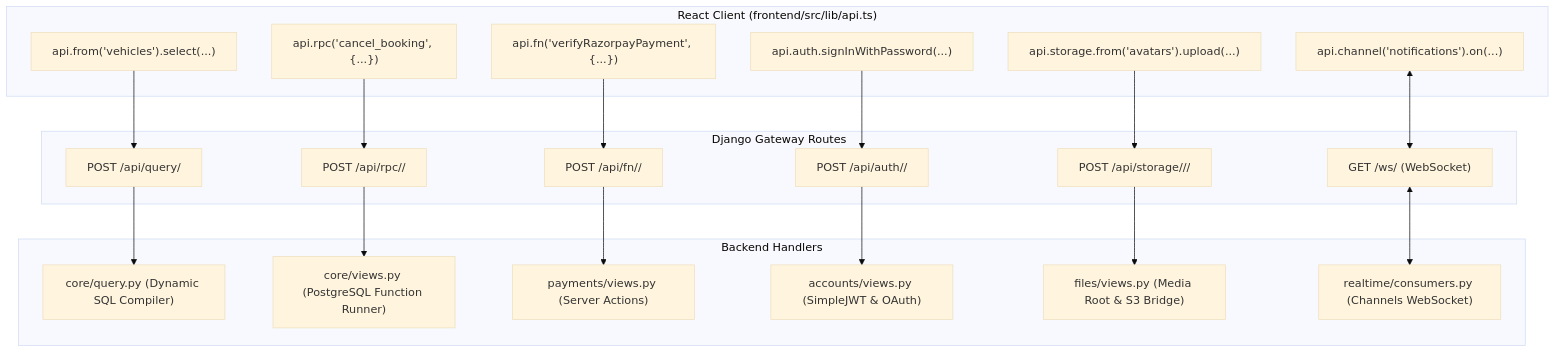
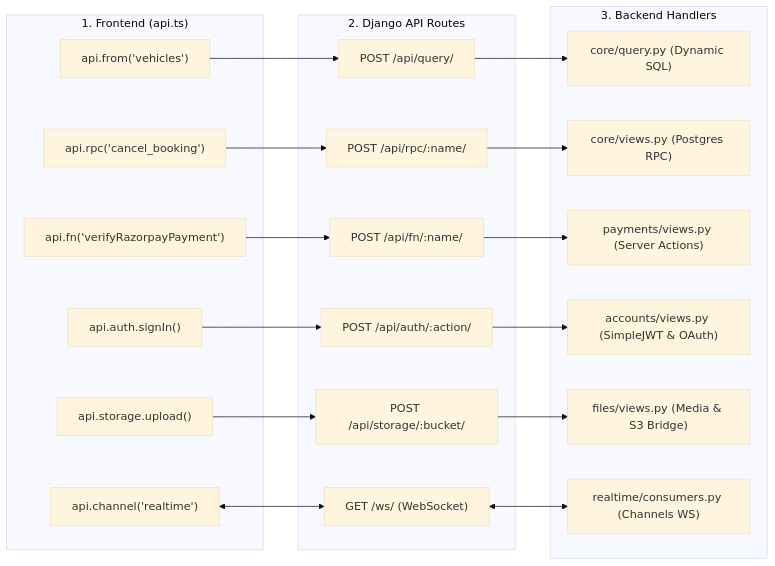
One commit to Stalighttechnology/stalightride changed the first of 2 diagrams in docs/systemDossier/02-apis-and-data-flow.md. Above: the diagram before and after it, drawn with Mermaid (base theme). The commit also changed other lines of this file, not shown here.

Commit message:
docs: improve API architecture diagram rendering and add mapping table

````diff
--- a/docs/systemDossier/02-apis-and-data-flow.md
+++ b/docs/systemDossier/02-apis-and-data-flow.md
@@ -20,36 +20,36 @@
 ```mermaid
-flowchart TD
-    subgraph Frontend ["React Client (frontend/src/lib/api.ts)"]
-        F1["api.from('vehicles').select(...)"]
-        F2["api.rpc('cancel_booking', {...})"]
-        F3["api.fn('verifyRazorpayPayment', {...})"]
-        F4["api.auth.signInWithPassword(...)"]
-        F5["api.storage.from('avatars').upload(...)"]
-        F6["api.channel('notifications').on(...)"]
+flowchart LR
+    subgraph Frontend ["1. Frontend (api.ts)"]
+        F1["api.from('vehicles')"]
+        F2["api.rpc('cancel_booking')"]
+        F3["api.fn('verifyRazorpayPayment')"]
+        F4["api.auth.signIn()"]
+        F5["api.storage.upload()"]
+        F6["api.channel('realtime')"]
     end
 
-    subgraph Backend_Endpoints ["Django Gateway Routes"]
+    subgraph Gateway ["2. Django API Routes"]
         E1["POST /api/query/"]
-        E2["POST /api/rpc/<name>/"]
-        E3["POST /api/fn/<name>/"]
-        E4["POST /api/auth/<action>/"]
-        E5["POST /api/storage/<bucket>/<action>/"]
+        E2["POST /api/rpc/:name/"]
+        E3["POST /api/fn/:name/"]
+        E4["POST /api/auth/:action/"]
+        E5["POST /api/storage/:bucket/"]
         E6["GET /ws/ (WebSocket)"]
     end
 
-    subgraph Handlers ["Backend Handlers"]
-        H1["core/query.py (Dynamic SQL Compiler)"]
-        H2["core/views.py (PostgreSQL Function Runner)"]
+    subgraph Handlers ["3. Backend Handlers"]
+        H1["core/query.py (Dynamic SQL)"]
+        H2["core/views.py (Postgres RPC)"]
         H3["payments/views.py (Server Actions)"]
         H4["accounts/views.py (SimpleJWT & OAuth)"]
-        H5["files/views.py (Media Root & S3 Bridge)"]
-        H6["realtime/consumers.py (Channels WebSocket)"]
+        H5["files/views.py (Media & S3 Bridge)"]
+        H6["realtime/consumers.py (Channels WS)"]
     end
 
     F1 --> E1 --> H1
     F2 --> E2 --> H2
     F3 --> E3 --> H3
     F4 --> E4 --> H4
     F5 --> E5 --> H5
     F6 <--> E6 <--> H6
 ```
````
